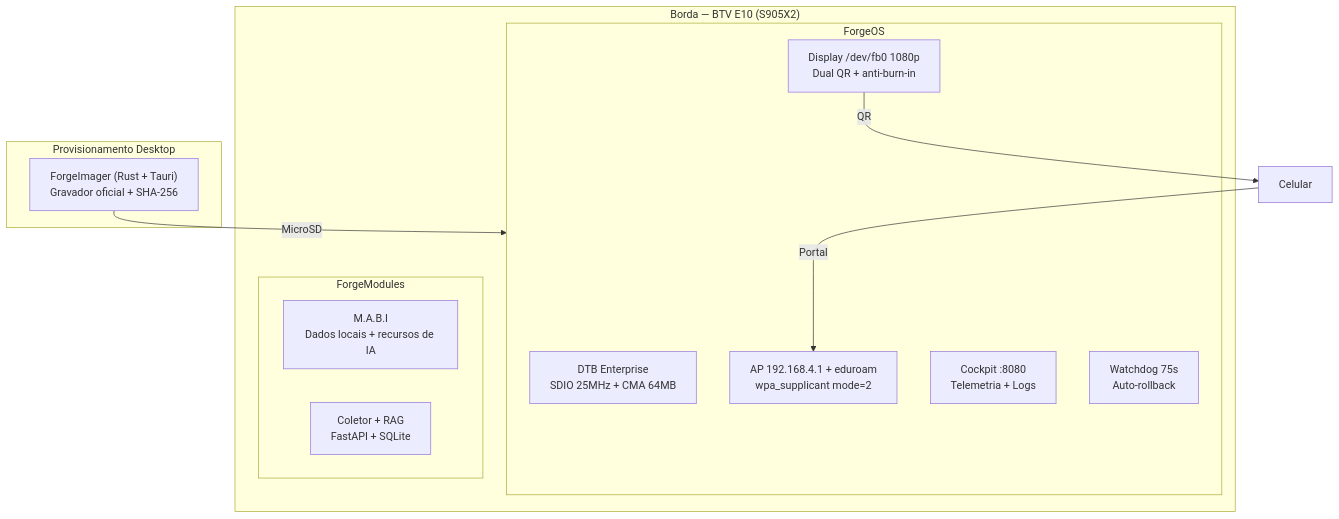
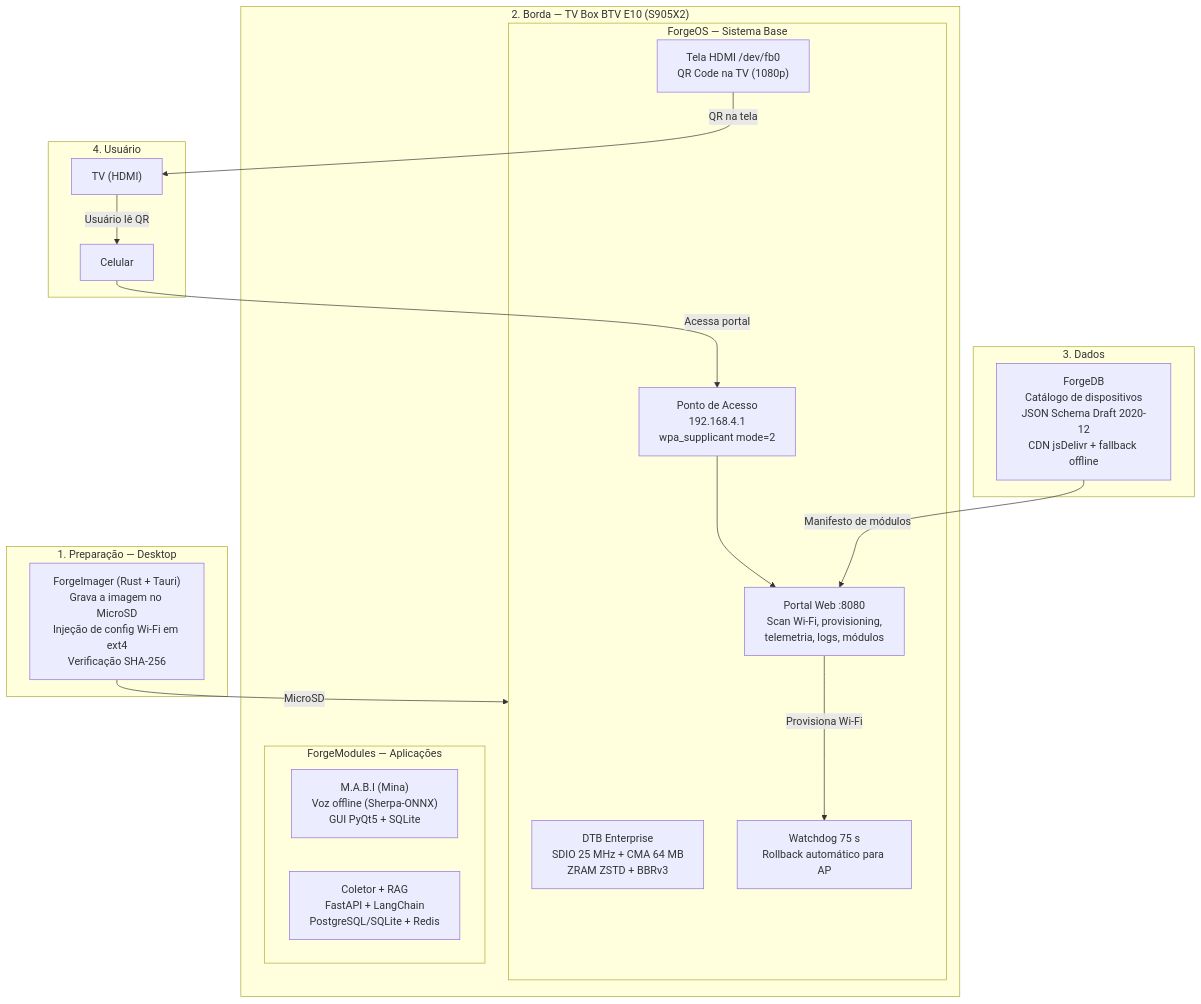
Before and after one commit to gasiepgodoy/Hackathon-TV-Box-E10: the diagram in Projeto Equipe 1/readme.md, drawn with Mermaid. The commit also changed other lines of this file, not shown here.

````diff
--- a/Projeto Equipe 1/readme.md
+++ b/Projeto Equipe 1/readme.md
@@ -55,22 +71,37 @@
 ```mermaid
 flowchart TB
-    subgraph Desktop["Provisionamento Desktop"]
-        FI["ForgeImager (Rust + Tauri)<br/>Gravador oficial + SHA-256"]
+    subgraph Desktop["1. Preparação — Desktop"]
+        FI["ForgeImager (Rust + Tauri)<br/>Grava a imagem no MicroSD<br/>Injeção de config Wi-Fi em ext4<br/>Verificação SHA-256"]
     end
-    subgraph Hardware["Borda — BTV E10 (S905X2)"]
-        subgraph OS["ForgeOS"]
-            DTB["DTB Enterprise<br/>SDIO 25MHz + CMA 64MB"]
-            DISP["Display /dev/fb0 1080p<br/>Dual QR + anti-burn-in"]
-            NET["AP 192.168.4.1 + eduroam<br/>wpa_supplicant mode=2"]
-            PORTAL["Cockpit :8080<br/>Telemetria + Logs"]
-            WATCH["Watchdog 75s<br/>Auto-rollback"]
+
+    subgraph Borda["2. Borda — TV Box BTV E10 (S905X2)"]
+        subgraph OS["ForgeOS — Sistema Base"]
+            DTB["DTB Enterprise<br/>SDIO 25 MHz + CMA 64 MB<br/>ZRAM ZSTD + BBRv3"]
+            AP["Ponto de Acesso<br/>192.168.4.1<br/>wpa_supplicant mode=2"]
+            DISP["Tela HDMI /dev/fb0<br/>QR Code na TV (1080p)"]
+            PORTAL["Portal Web :8080<br/>Scan Wi-Fi, provisioning,<br/>telemetria, logs, módulos"]
+            WATCH["Watchdog 75 s<br/>Rollback automático para AP"]
         end
-        subgraph Hub["ForgeModules"]
-            MOD1["M.A.B.I<br/>Dados locais + recursos de IA"]
-            MOD2["Coletor + RAG<br/>FastAPI + SQLite"]
+        subgraph Modules["ForgeModules — Aplicações"]
+            MABI["M.A.B.I (Mina)<br/>Voz offline (Sherpa-ONNX)<br/>GUI PyQt5 + SQLite"]
+            RAG["Coletor + RAG<br/>FastAPI + LangChain<br/>PostgreSQL/SQLite + Redis"]
         end
     end
+
+    subgraph Dados["3. Dados"]
+        FDB["ForgeDB<br/>Catálogo de dispositivos<br/>JSON Schema Draft 2020-12<br/>CDN jsDelivr + fallback offline"]
+    end
+
+    subgraph User["4. Usuário"]
+        TV["TV (HDMI)"]
+        CEL["Celular"]
+    end
+
     FI -->|MicroSD| OS
-    DISP -->|QR| CEL["Celular"]
-    CEL -->|Portal| NET
+    DISP -->|QR na tela| TV
+    TV -->|Usuário lê QR| CEL
+    CEL -->|Acessa portal| AP
+    AP --> PORTAL
+    PORTAL -->|Provisiona Wi-Fi| WATCH
+    FDB -->|Manifesto de módulos| PORTAL
 ```
````
